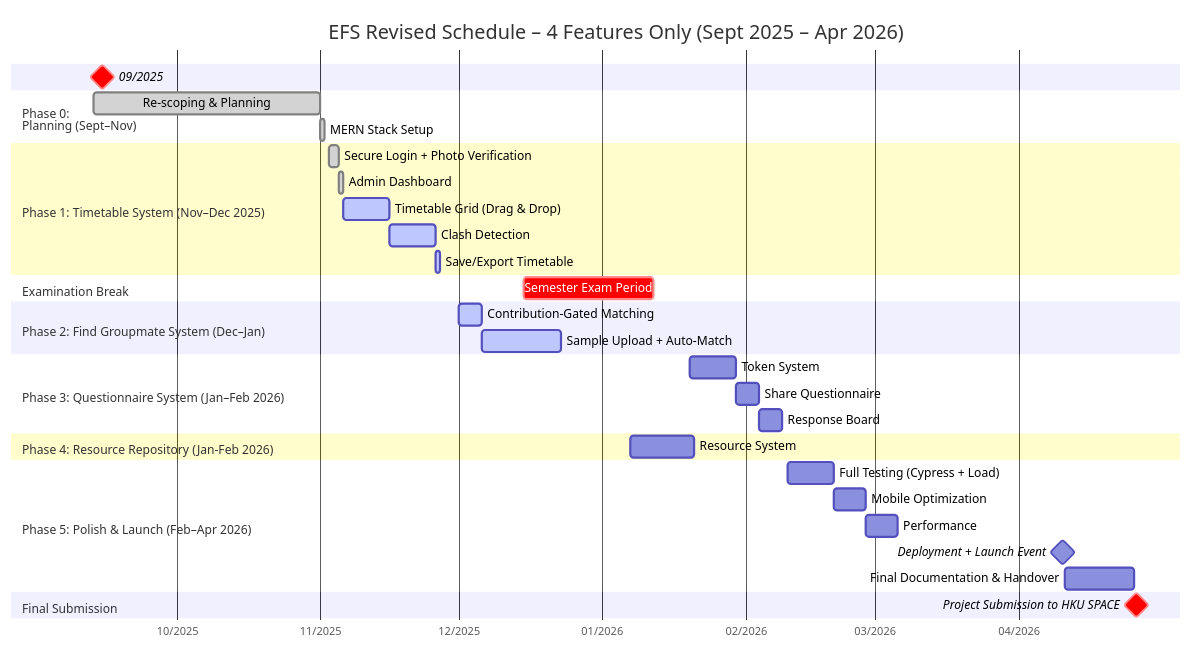
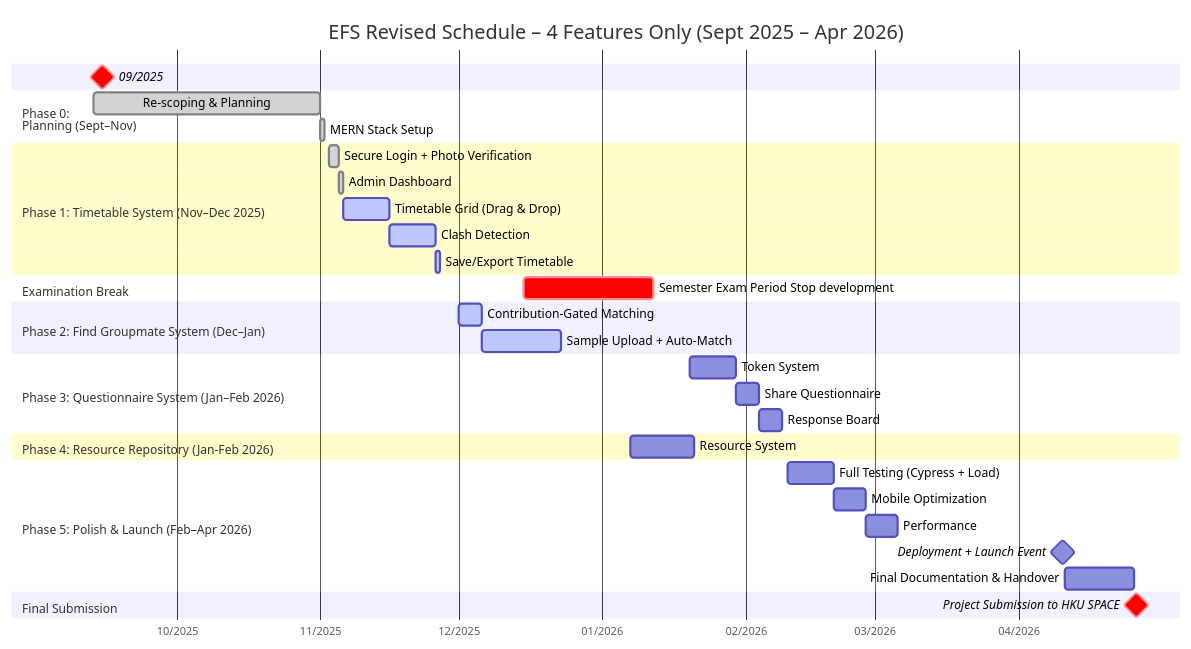
One commit to MyFGitAccount/MARKDOWN_KK changed the diagram in markdown/schedule.md. Above: the diagram before and after it, drawn with Mermaid.

Commit message:
add schedule

````diff
--- a/markdown/schedule.md
+++ b/markdown/schedule.md
@@ -1,47 +1,47 @@
 ```mermaid
 gantt
     title EFS Revised Schedule – 4 Features Only (Sept 2025 – Apr 2026)
     dateFormat YYYY-MM-DD
     axisFormat %m/%Y
     tickInterval 1month
     todayMarker stroke-width:1px,stroke:#e74c3c,opacity:0.9
 
     %% Timestamp milestone (bold red, highly visible)
     09/2025 :milestone, crit, ts, 2025-09-15, 0d
 
     section Phase 0: <br>Planning (Sept–Nov)
     Re-scoping & Planning :done, plan1, 2025-09-13, 2025-11-01
     MERN Stack Setup :done, setup1, after plan1, 1d
 
     section Phase 1: Timetable System (Nov–Dec 2025)
     Secure Login + Photo Verification :done, auth1, 2025-11-03, 2025-11-05
     Admin Dashboard :done, admin1, after auth1, 1d
     Timetable Grid (Drag & Drop) :active, timetable1, after admin1, 10d
     Clash Detection :active, clash1, after timetable1, 10d
     Save/Export Timetable :active, export1, after clash1, 1d
 
     section Examination Break
-    Semester Exam Period :crit, exam, 2025-12-15, 2026-01-12
+    Semester Exam Period Stop development:crit, exam, 2025-12-15, 2026-01-12
 
     section Phase 2: Find Groupmate System (Dec–Jan)
     Contribution-Gated Matching :active, group1, 2025-12-01, 5d
     Sample Upload + Auto-Match :active, timer1, after group1, 17d
     
     section Phase 3: Questionnaire System (Jan–Feb 2026)
     Token System :token1, 2026-01-20, 10d
     Share Questionnaire :share1, after token1, 5d
     Response Board :board1, after share1, 5d
     
     section Phase 4: Resource Repository (Jan-Feb 2026)
     Resource System:r1,2026-01-7,14d
 
     section Phase 5: Polish & Launch (Feb–Apr 2026)
     Full Testing (Cypress + Load)  :test1, 2026-02-10, 10d
     Mobile Optimization            :mobile1, after test1, 7d
     Performance                    :perf1, after mobile1, 7d
     Deployment + Launch Event      :milestone, launch, 2026-04-10, 1d
     Final Documentation & Handover :handover1, after launch, 15d
 
     section Final Submission
     Project Submission to HKU SPACE :crit, milestone, submit, 2026-04-26, 1d
 ```
````
